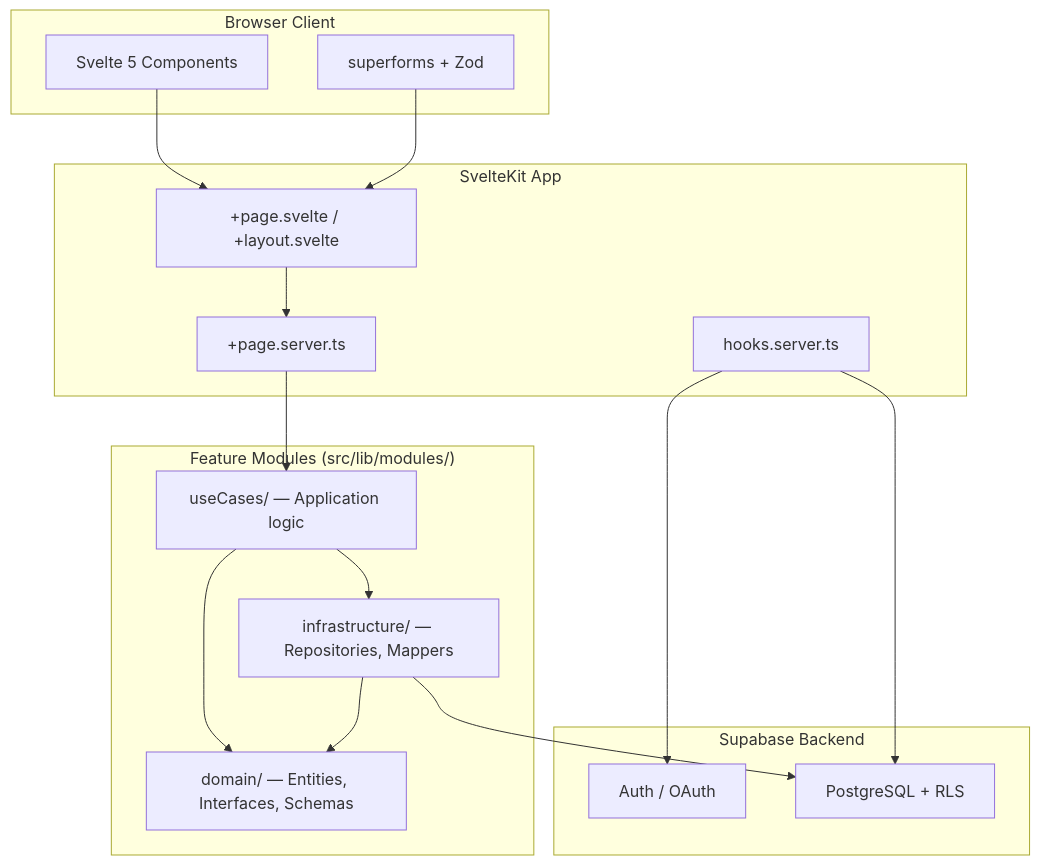
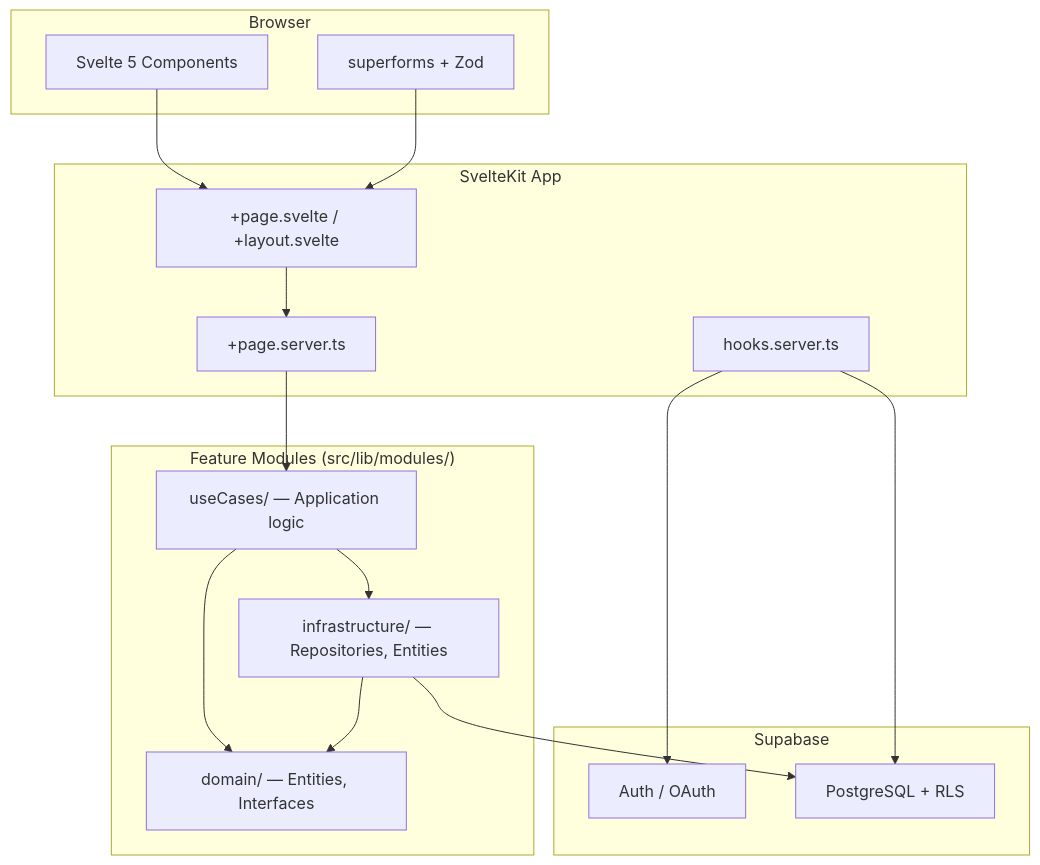
Before and after one commit to Agustin-Perezz/svelte-supabase-starter-template: the diagram in docs/00_INDEX.md, drawn with Mermaid. The commit also changed other lines of this file and 7 other files, not shown here.

Commit message:
Update documentation to reflect clean architecture refactor with reconstruct pattern and per-use-case interfaces

````diff
--- a/docs/00_INDEX.md
+++ b/docs/00_INDEX.md
@@ -13,35 +7,31 @@
 ```mermaid
 graph TB
-    subgraph Client["Browser Client"]
+    subgraph Client["Browser"]
         UI["Svelte 5 Components"]
         Forms["superforms + Zod"]
     end
-
     subgraph SvelteKit["SvelteKit App"]
         Routes["+page.svelte / +layout.svelte"]
         Server["+page.server.ts"]
         Hooks["hooks.server.ts"]
     end
-
     subgraph Modules["Feature Modules (src/lib/modules/)"]
-        Domain["domain/ — Entities, Interfaces, Schemas"]
+        Domain["domain/ — Entities, Interfaces"]
         UseCases["useCases/ — Application logic"]
-        Infra["infrastructure/ — Repositories, Mappers"]
+        Infra["infrastructure/ — Repositories, Entities"]
     end
-
-    subgraph Supabase["Supabase Backend"]
+    subgraph Supabase["Supabase"]
         Auth["Auth / OAuth"]
         DB["PostgreSQL + RLS"]
     end
-
     UI --> Routes
     Forms --> Routes
     Routes --> Server
     Server --> UseCases
     UseCases --> Domain
     UseCases --> Infra
     Infra --> Domain
     Infra --> DB
     Hooks --> Auth
     Hooks --> DB
 ```
````
